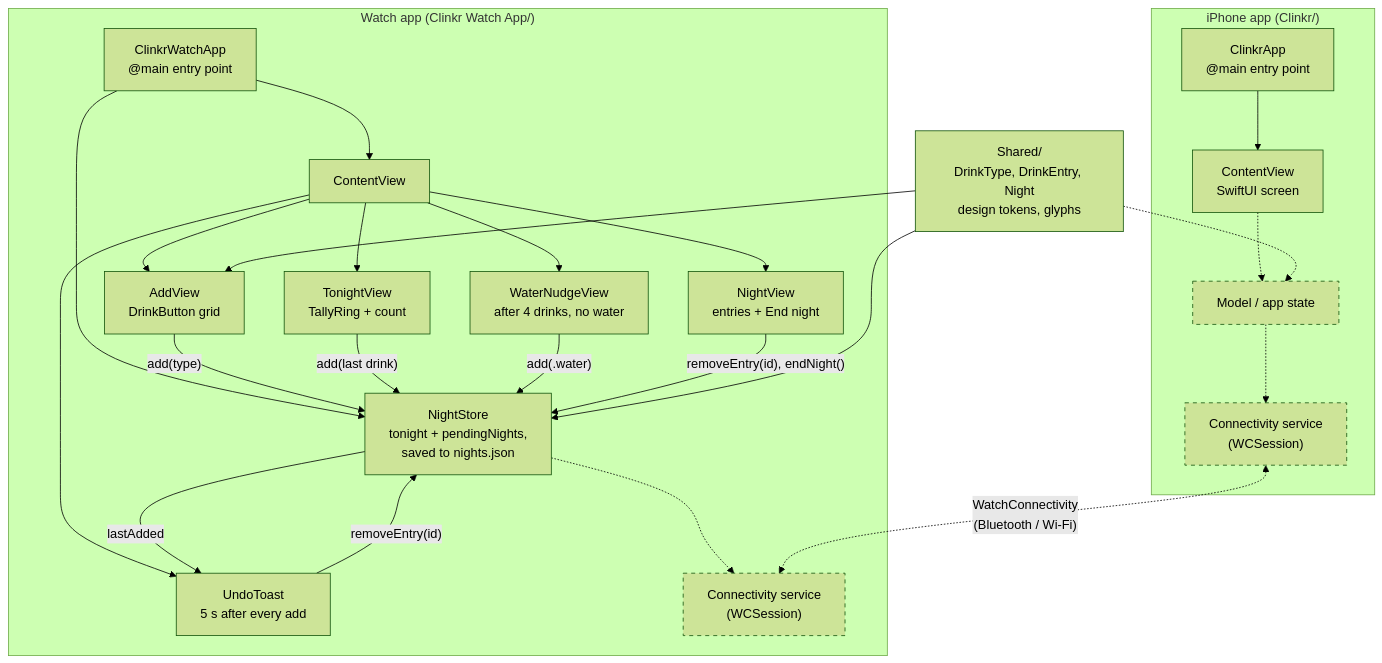
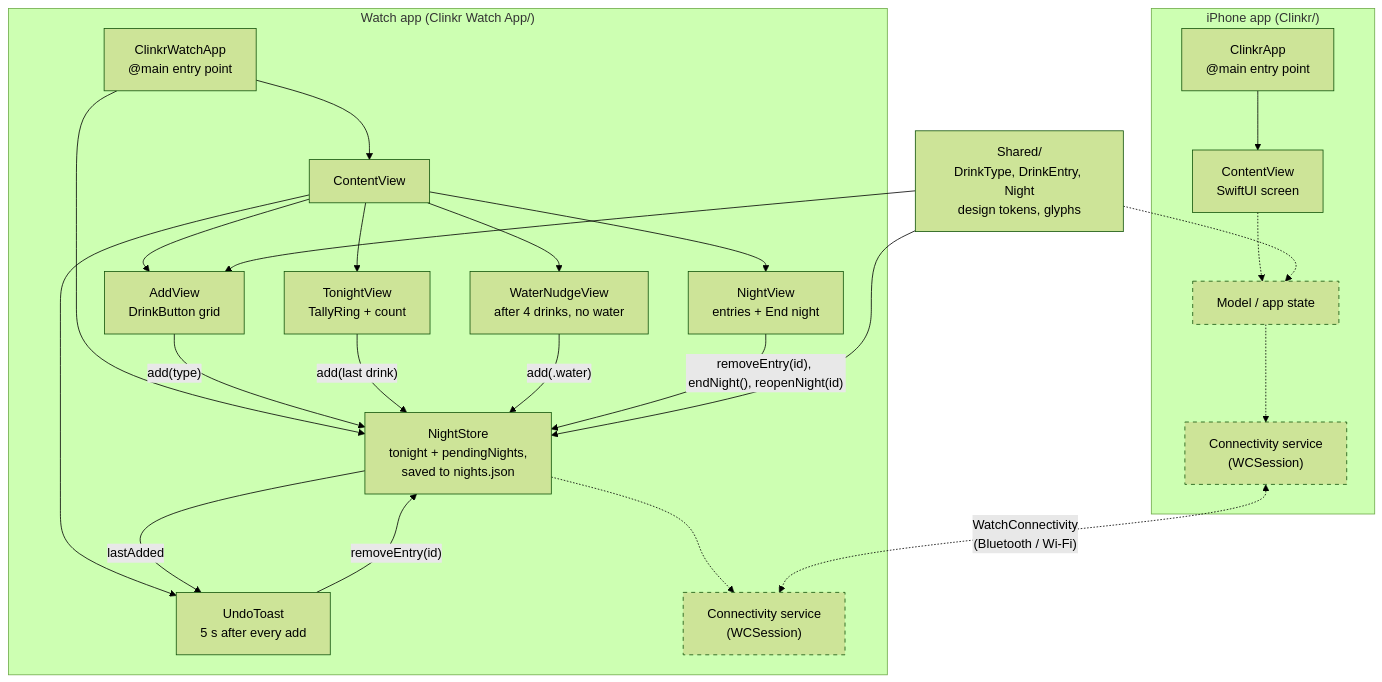
The second of 3 diagrams in docs/ARCHITECTURE.md (pablocolaiacovo/clink), drawn with Mermaid (forest theme) before and after one commit. The commit also changed other lines of this file and 5 other files, not shown here.

````diff
--- a/docs/ARCHITECTURE.md
+++ b/docs/ARCHITECTURE.md
@@ -34,38 +34,38 @@
 ```mermaid
 flowchart TB
     subgraph phone["iPhone app (Clinkr/)"]
         pApp["ClinkrApp<br/>@main entry point"] --> pView["ContentView<br/>SwiftUI screen"]
         pModel["Model / app state"]:::planned
         pSync["Connectivity service<br/>(WCSession)"]:::planned
         pView -.-> pModel
         pModel -.-> pSync
     end
 
     subgraph watch["Watch app (Clinkr Watch App/)"]
         wApp["ClinkrWatchApp<br/>@main entry point"] --> wView["ContentView"]
         wView --> wTonight["TonightView<br/>TallyRing + count"]
         wView --> wAdd["AddView<br/>DrinkButton grid"]
         wView --> wToast["UndoToast<br/>5 s after every add"]
         wView --> wNudge["WaterNudgeView<br/>after 4 drinks, no water"]
         wView --> wNight["NightView<br/>entries + End night"]
         wModel["NightStore<br/>tonight + pendingNights,<br/>saved to nights.json"]
         wSync["Connectivity service<br/>(WCSession)"]:::planned
         wApp --> wModel
         wAdd -- "add(type)" --> wModel
         wTonight -- "add(last drink)" --> wModel
         wModel -- "lastAdded" --> wToast
         wToast -- "removeEntry(id)" --> wModel
         wNudge -- "add(.water)" --> wModel
-        wNight -- "removeEntry(id), endNight()" --> wModel
+        wNight -- "removeEntry(id), endNight(), reopenNight(id)" --> wModel
         wModel -.-> wSync
     end
 
     shared["Shared/<br/>DrinkType, DrinkEntry, Night<br/>design tokens, glyphs"]
     shared -.-> pModel
     shared --> wModel
     shared --> wAdd
 
     pSync <-. "WatchConnectivity<br/>(Bluetooth / Wi-Fi)" .-> wSync
 
     classDef planned stroke-dasharray: 5 5
 ```
````
